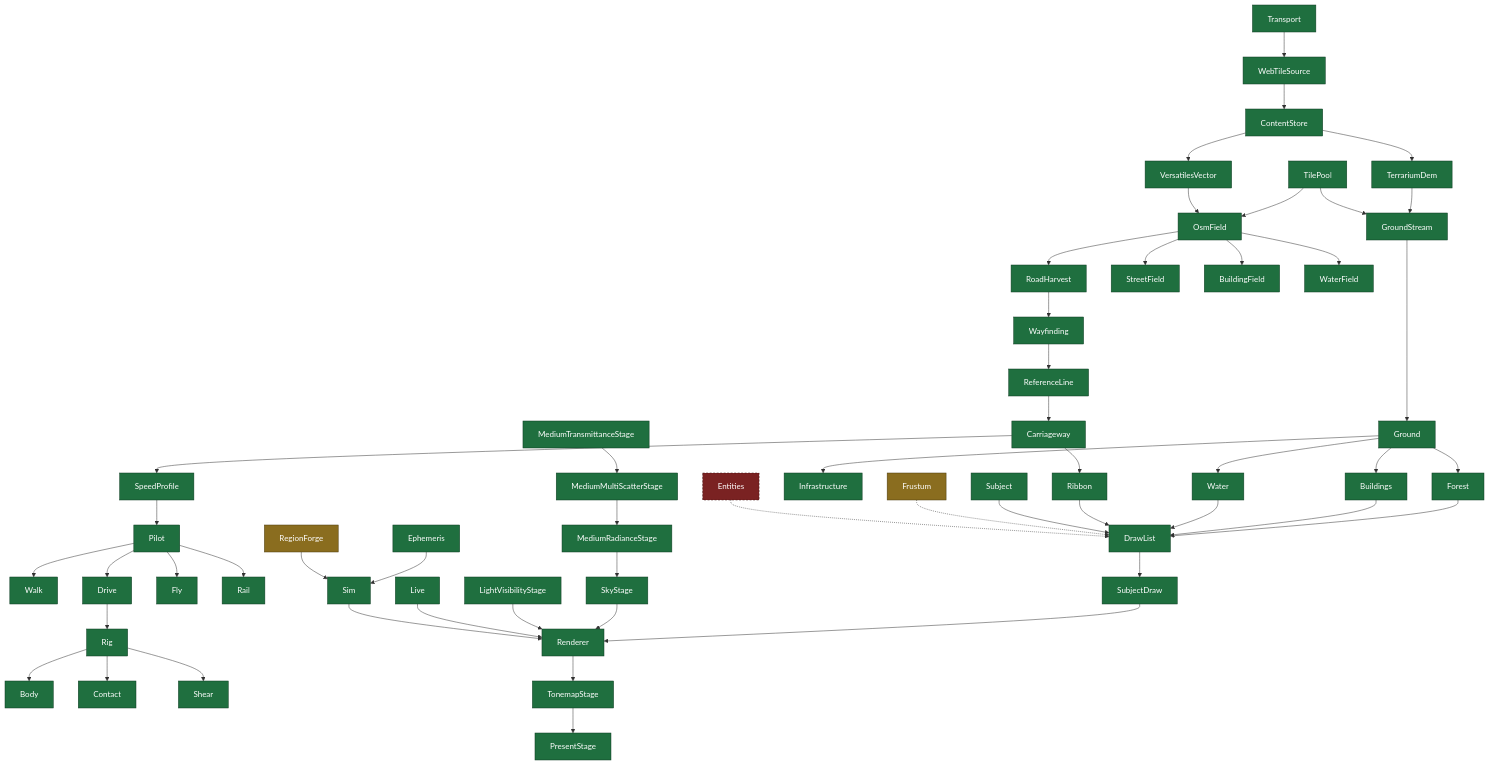
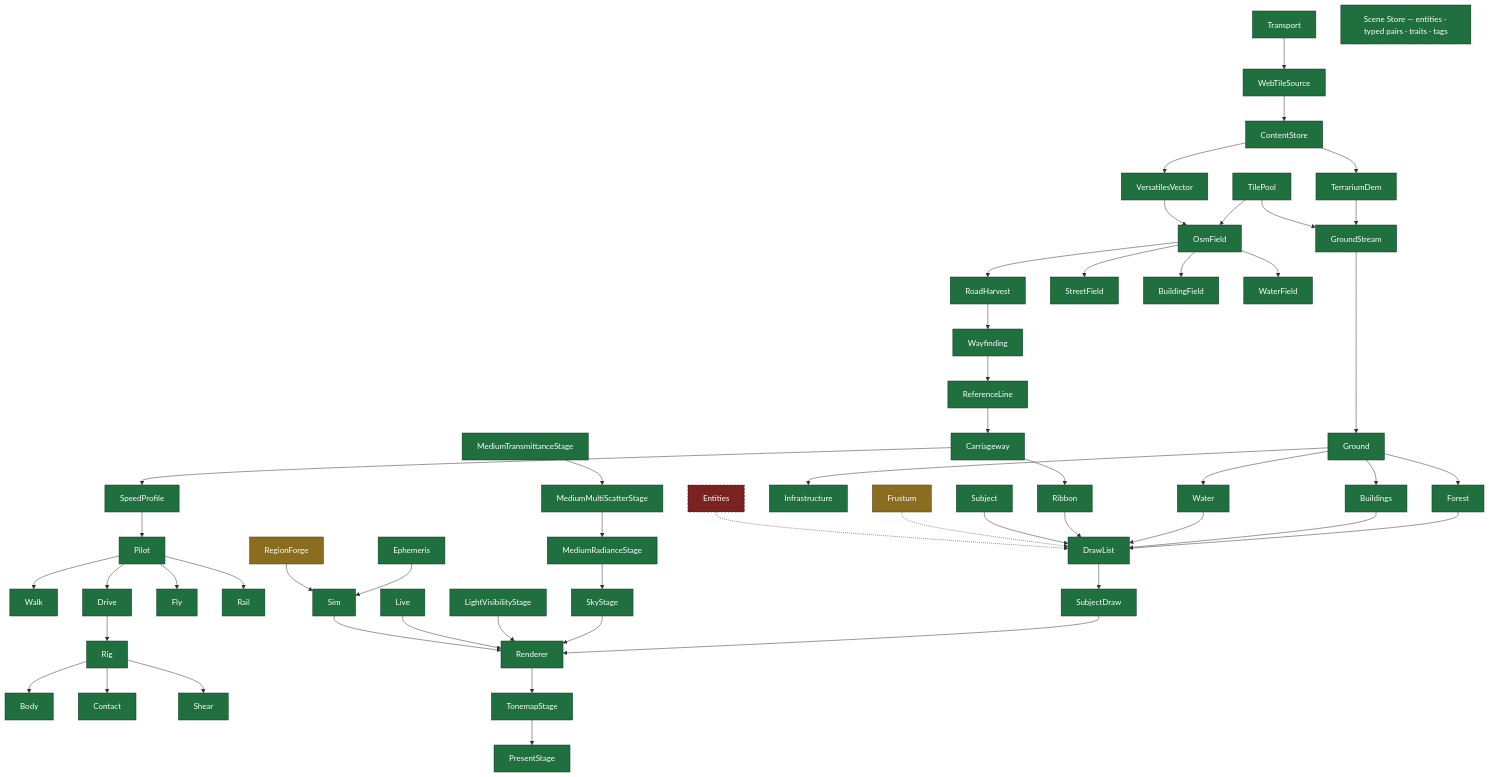
The fifth of 8 diagrams in CLAUDE.md (Weichwolf/outshine), drawn with Mermaid before and after one commit. The commit also changed 7 other files, not shown here.

First line of the commit message:
board:1583 slice 1 -- the scene store refuses what its rules forbid

````diff
--- a/CLAUDE.md
+++ b/CLAUDE.md
@@ -118,28 +118,29 @@
 ```mermaid
 flowchart TD
   Transport --> WebTileSource --> ContentStore --> TerrariumDem & VersatilesVector
   TerrariumDem --> GroundStream
   TilePool --> GroundStream & OsmField
   VersatilesVector --> OsmField --> RoadHarvest --> Wayfinding
   OsmField --> StreetField & BuildingField & WaterField
   GroundStream --> Ground --> Forest & Buildings & Water & Infrastructure
   Wayfinding --> ReferenceLine --> Carriageway --> Ribbon
   Carriageway --> SpeedProfile --> Pilot --> Walk & Drive & Fly & Rail
   Drive --> Rig --> Body
   Rig --> Contact & Shear
   Forest & Buildings & Water & Ribbon & Subject --> DrawList
   DrawList --> SubjectDraw --> Renderer
   MediumTransmittanceStage --> MediumMultiScatterStage --> MediumRadianceStage --> SkyStage --> Renderer
   LightVisibilityStage --> Renderer --> TonemapStage --> PresentStage
   Live --> Renderer
   Ephemeris & RegionForge --> Sim --> Renderer
   Frustum -.-> DrawList
   Entities -.-> DrawList
+  SceneStore["Scene Store — entities · typed pairs · traits · tags"]
 
   classDef built fill:#1f6f3f,stroke:#0d3b21,color:#fff
   classDef idle fill:#8a6d1f,stroke:#4a3a0d,color:#fff
   classDef absent fill:#7a2222,stroke:#3d1111,color:#fff,stroke-dasharray:4 3
-  class Transport,WebTileSource,ContentStore,TerrariumDem,VersatilesVector,TilePool,GroundStream,OsmField,RoadHarvest,Wayfinding,StreetField,BuildingField,WaterField,Ground,Forest,Buildings,Water,Infrastructure,ReferenceLine,Carriageway,Ribbon,SpeedProfile,Pilot,Walk,Drive,Fly,Rail,Rig,Body,Contact,Shear,Subject,DrawList,SubjectDraw,Renderer,TonemapStage,PresentStage,Live,Sim,Ephemeris,MediumTransmittanceStage,MediumMultiScatterStage,MediumRadianceStage,SkyStage,LightVisibilityStage built
+  class Transport,WebTileSource,ContentStore,TerrariumDem,VersatilesVector,TilePool,GroundStream,OsmField,RoadHarvest,Wayfinding,StreetField,BuildingField,WaterField,Ground,Forest,Buildings,Water,Infrastructure,ReferenceLine,Carriageway,Ribbon,SpeedProfile,Pilot,Walk,Drive,Fly,Rail,Rig,Body,Contact,Shear,Subject,DrawList,SubjectDraw,Renderer,TonemapStage,PresentStage,Live,Sim,SceneStore,Ephemeris,MediumTransmittanceStage,MediumMultiScatterStage,MediumRadianceStage,SkyStage,LightVisibilityStage built
   class Frustum,RegionForge idle
   class Entities absent
 ```
````
